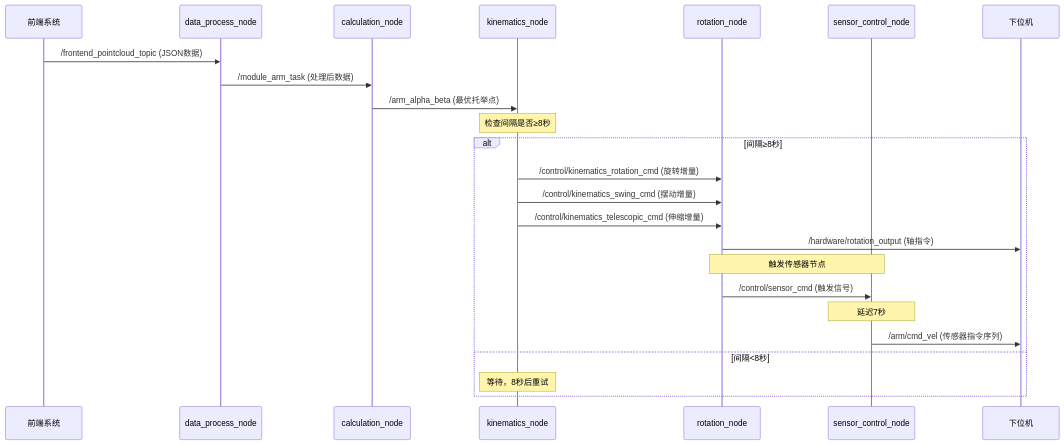
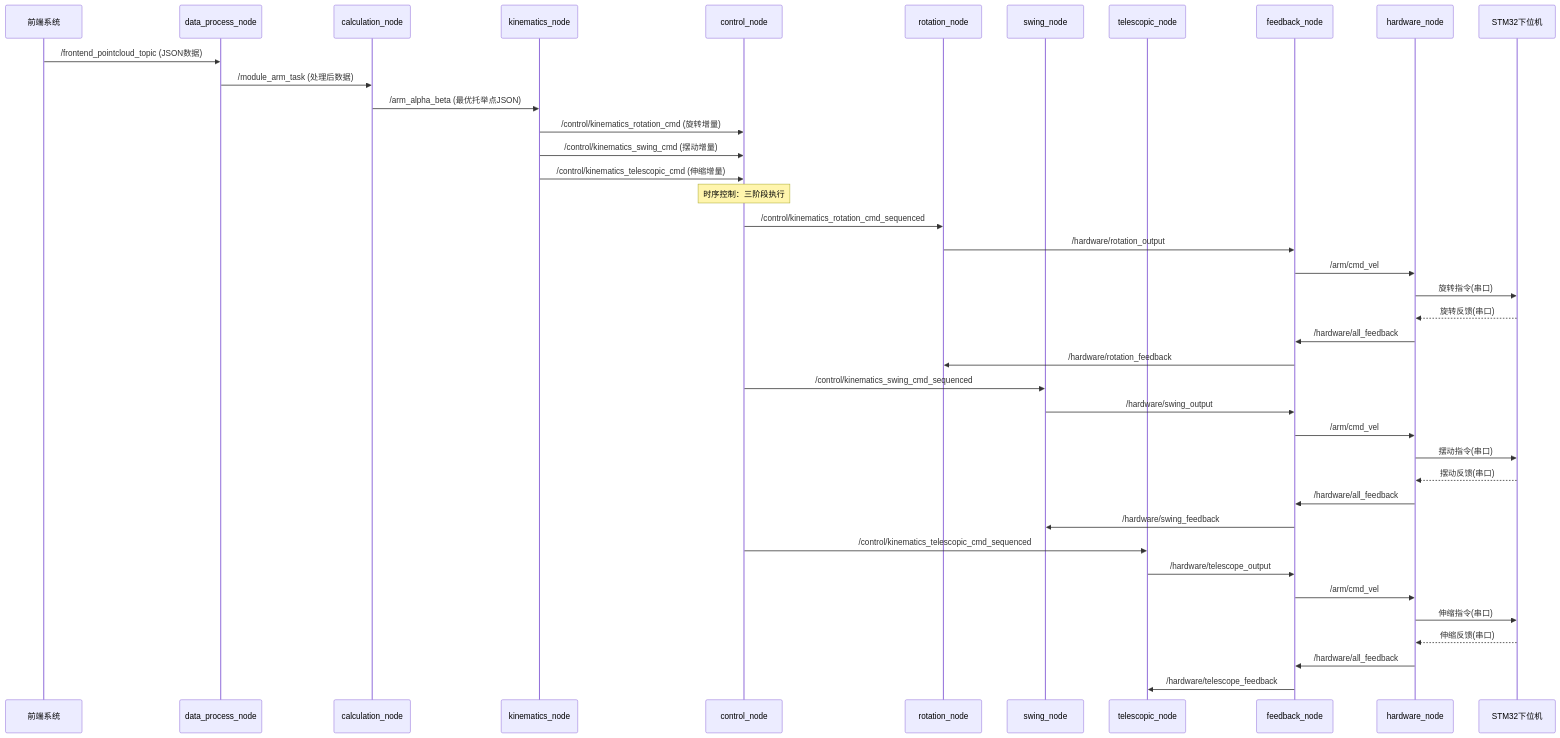
Before and after one commit to DOGE-k/ROS_MES: the second of 3 diagrams in robot_control_backend/flowchart.md, drawn with Mermaid. The commit also changed other lines of this file and 5 other files, not shown here.

````diff
--- a/robot_control_backend/flowchart.md
+++ b/robot_control_backend/flowchart.md
@@ -77,32 +91,48 @@
 ```mermaid
 sequenceDiagram
     participant 前端 as 前端系统
     participant DP as data_process_node
     participant CAL as calculation_node
     participant KIN as kinematics_node
+    participant CTRL as control_node
     participant ROT as rotation_node
-    participant SEN as sensor_control_node
-    participant HW as 下位机
+    participant SW as swing_node
+    participant TEL as telescopic_node
+    participant FB as feedback_node
+    participant HW as hardware_node
+    participant STM as STM32下位机
 
     前端->>DP: /frontend_pointcloud_topic (JSON数据)
     DP->>CAL: /module_arm_task (处理后数据)
-    CAL->>KIN: /arm_alpha_beta (最优托举点)
+    CAL->>KIN: /arm_alpha_beta (最优托举点JSON)
     
-    Note over KIN: 检查间隔是否≥8秒
+    KIN->>CTRL: /control/kinematics_rotation_cmd (旋转增量)
+    KIN->>CTRL: /control/kinematics_swing_cmd (摆动增量)
+    KIN->>CTRL: /control/kinematics_telescopic_cmd (伸缩增量)
     
-    alt 间隔≥8秒
-        KIN->>ROT: /control/kinematics_rotation_cmd (旋转增量)
-        KIN->>ROT: /control/kinematics_swing_cmd (摆动增量)
-        KIN->>ROT: /control/kinematics_telescopic_cmd (伸缩增量)
-        
-        ROT->>HW: /hardware/rotation_output (轴指令)
-        
-        Note over ROT,SEN: 触发传感器节点
-        ROT->>SEN: /control/sensor_cmd (触发信号)
-        
-        Note over SEN: 延迟7秒
-        SEN->>HW: /arm/cmd_vel (传感器指令序列)
-    else 间隔<8秒
-        Note over KIN: 等待，8秒后重试
-    end
+    Note over CTRL: 时序控制：三阶段执行
+    
+    CTRL->>ROT: /control/kinematics_rotation_cmd_sequenced
+    ROT->>FB: /hardware/rotation_output
+    FB->>HW: /arm/cmd_vel
+    HW->>STM: 旋转指令(串口)
+    STM-->>HW: 旋转反馈(串口)
+    HW->>FB: /hardware/all_feedback
+    FB->>ROT: /hardware/rotation_feedback
+    
+    CTRL->>SW: /control/kinematics_swing_cmd_sequenced
+    SW->>FB: /hardware/swing_output
+    FB->>HW: /arm/cmd_vel
+    HW->>STM: 摆动指令(串口)
+    STM-->>HW: 摆动反馈(串口)
+    HW->>FB: /hardware/all_feedback
+    FB->>SW: /hardware/swing_feedback
+    
+    CTRL->>TEL: /control/kinematics_telescopic_cmd_sequenced
+    TEL->>FB: /hardware/telescope_output
+    FB->>HW: /arm/cmd_vel
+    HW->>STM: 伸缩指令(串口)
+    STM-->>HW: 伸缩反馈(串口)
+    HW->>FB: /hardware/all_feedback
+    FB->>TEL: /hardware/telescope_feedback
 ```
````
